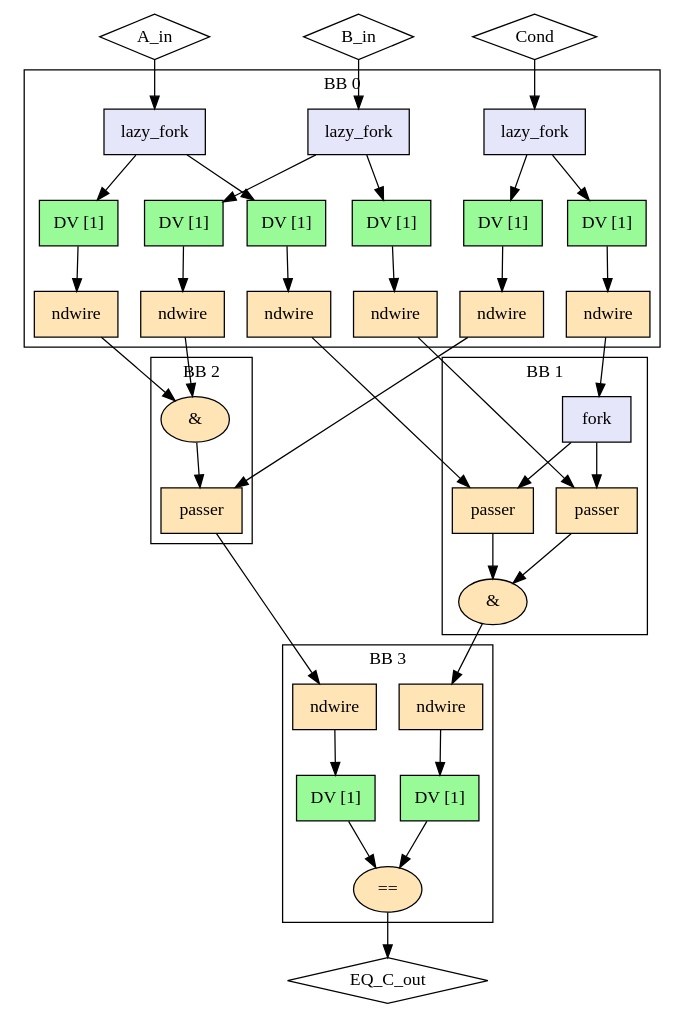
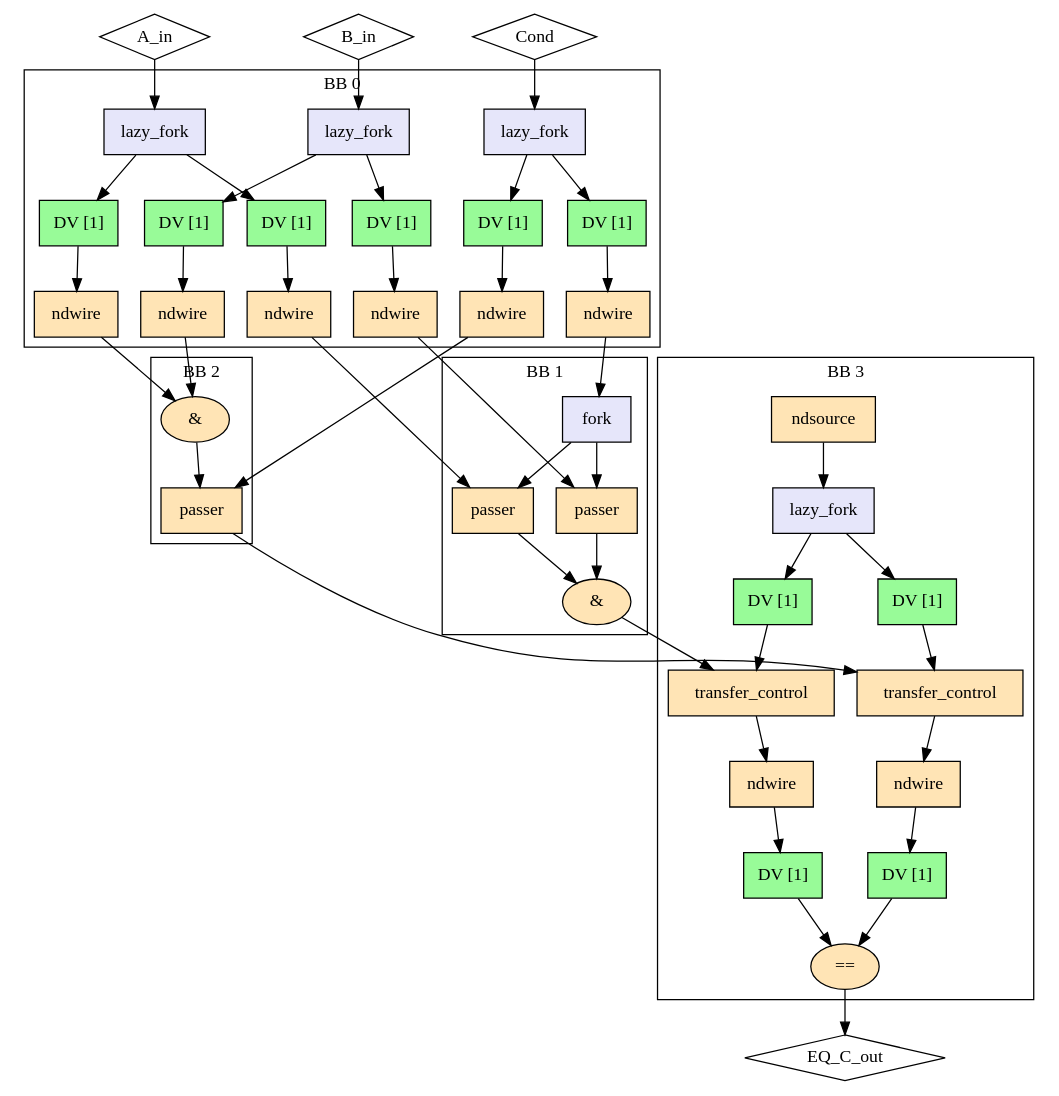
One commit to EPFL-LAP/dynamatic changed the diagram in experimental/tools/elastic-miter/out/sup_and/miter/model.dot. Above: the diagram before and after it, drawn with Graphviz. The commit also changed 109 other files, not shown here.

```diff
--- a/experimental/tools/elastic-miter/out/sup_and/miter/model.dot
+++ b/experimental/tools/elastic-miter/out/sup_and/miter/model.dot
@@ -1,79 +1,92 @@
 Digraph G {
   splines=spline
   compound=true
   "A_in" ["style"="solid", "shape"="diamond", "label"="A_in", "mlir_op"="handshake.func"]
   "B_in" ["style"="solid", "shape"="diamond", "label"="B_in", "mlir_op"="handshake.func"]
   "Cond" ["style"="solid", "shape"="diamond", "label"="Cond", "mlir_op"="handshake.func"]
   "EQ_C_out" ["style"="solid", "shape"="diamond", "label"="EQ_C_out", "mlir_op"="handshake.func"]
   "A_in" -> "in_fork_A_in" ["dir"="both", "style"="solid", "arrowhead"="normal", "from_idx"="0", "to"="ins", "arrowtail"="none", "from"="A_in", "to_idx"="0"]
   "B_in" -> "in_fork_B_in" ["dir"="both", "style"="solid", "arrowhead"="normal", "from_idx"="1", "to"="ins", "arrowtail"="none", "from"="B_in", "to_idx"="0"]
   "Cond" -> "in_fork_Cond" ["dir"="both", "style"="solid", "arrowhead"="normal", "from_idx"="2", "to"="ins", "arrowtail"="none", "from"="Cond", "to_idx"="0"]
   "lhs_in_ndw_A_in" -> "lhs_passer1" ["dir"="both", "style"="solid", "arrowhead"="normal", "from_idx"="0", "to"="data", "arrowtail"="none", "from"="outs", "to_idx"="0"]
   "rhs_in_ndw_A_in" -> "rhs_andi" ["dir"="both", "style"="solid", "arrowhead"="normal", "from_idx"="0", "to"="lhs", "arrowtail"="none", "from"="outs", "to_idx"="0"]
   "lhs_in_ndw_B_in" -> "lhs_passer2" ["dir"="both", "style"="solid", "arrowhead"="normal", "from_idx"="0", "to"="data", "arrowtail"="none", "from"="outs", "to_idx"="0"]
   "rhs_in_ndw_B_in" -> "rhs_andi" ["dir"="both", "style"="solid", "arrowhead"="normal", "from_idx"="0", "to"="rhs", "arrowtail"="none", "from"="outs", "to_idx"="1"]
   "lhs_in_ndw_Cond" -> "lhs_fork_cond" ["dir"="both", "style"="solid", "arrowhead"="normal", "from_idx"="0", "to"="ins", "arrowtail"="none", "from"="outs", "to_idx"="0"]
   "rhs_in_ndw_Cond" -> "rhs_passer1" ["dir"="both", "style"="solid", "arrowhead"="normal", "from_idx"="0", "to"="ctrl", "arrowtail"="none", "from"="outs", "to_idx"="1"]
-  "lhs_andi" -> "lhs_out_ndw_C_out" ["dir"="both", "style"="solid", "arrowhead"="normal", "from_idx"="0", "to"="ins", "arrowtail"="none", "from"="result", "to_idx"="0"]
-  "rhs_passer1" -> "rhs_out_ndw_C_out" ["dir"="both", "style"="solid", "arrowhead"="normal", "from_idx"="0", "to"="ins", "arrowtail"="none", "from"="result", "to_idx"="0"]
+  "lhs_andi" -> "out_lhs_tc_C_out" ["dir"="both", "style"="solid", "arrowhead"="normal", "from_idx"="0", "to"="ins", "arrowtail"="none", "from"="result", "to_idx"="0"]
+  "rhs_passer1" -> "out_rhs_tc_C_out" ["dir"="both", "style"="solid", "arrowhead"="normal", "from_idx"="0", "to"="ins", "arrowtail"="none", "from"="result", "to_idx"="0"]
   "out_eq_C_out" -> "EQ_C_out" ["dir"="both", "style"="solid", "arrowhead"="normal", "from_idx"="0", "to"="EQ_C_out", "arrowtail"="none", "from"="result", "to_idx"="0"]
   subgraph cluster0 {
     graph ["label"="BB 0"]
     "in_fork_A_in" ["style"="filled", "fillcolor"="lavender", "shape"="box", "label"="lazy_fork", "mlir_op"="handshake.lazy_fork"]
     "lhs_in_buf_A_in" ["style"="filled", "fillcolor"="palegreen", "shape"="box", "label"="DV [1]", "mlir_op"="handshake.buffer"]
     "rhs_in_buf_A_in" ["style"="filled", "fillcolor"="palegreen", "shape"="box", "label"="DV [1]", "mlir_op"="handshake.buffer"]
     "lhs_in_ndw_A_in" ["style"="filled", "fillcolor"="moccasin", "shape"="box", "label"="ndwire", "mlir_op"="handshake.ndwire"]
     "rhs_in_ndw_A_in" ["style"="filled", "fillcolor"="moccasin", "shape"="box", "label"="ndwire", "mlir_op"="handshake.ndwire"]
     "in_fork_B_in" ["style"="filled", "fillcolor"="lavender", "shape"="box", "label"="lazy_fork", "mlir_op"="handshake.lazy_fork"]
     "lhs_in_buf_B_in" ["style"="filled", "fillcolor"="palegreen", "shape"="box", "label"="DV [1]", "mlir_op"="handshake.buffer"]
     "rhs_in_buf_B_in" ["style"="filled", "fillcolor"="palegreen", "shape"="box", "label"="DV [1]", "mlir_op"="handshake.buffer"]
     "lhs_in_ndw_B_in" ["style"="filled", "fillcolor"="moccasin", "shape"="box", "label"="ndwire", "mlir_op"="handshake.ndwire"]
     "rhs_in_ndw_B_in" ["style"="filled", "fillcolor"="moccasin", "shape"="box", "label"="ndwire", "mlir_op"="handshake.ndwire"]
     "in_fork_Cond" ["style"="filled", "fillcolor"="lavender", "shape"="box", "label"="lazy_fork", "mlir_op"="handshake.lazy_fork"]
     "lhs_in_buf_Cond" ["style"="filled", "fillcolor"="palegreen", "shape"="box", "label"="DV [1]", "mlir_op"="handshake.buffer"]
     "rhs_in_buf_Cond" ["style"="filled", "fillcolor"="palegreen", "shape"="box", "label"="DV [1]", "mlir_op"="handshake.buffer"]
     "lhs_in_ndw_Cond" ["style"="filled", "fillcolor"="moccasin", "shape"="box", "label"="ndwire", "mlir_op"="handshake.ndwire"]
     "rhs_in_ndw_Cond" ["style"="filled", "fillcolor"="moccasin", "shape"="box", "label"="ndwire", "mlir_op"="handshake.ndwire"]
     "in_fork_A_in" -> "lhs_in_buf_A_in" ["dir"="both", "style"="solid", "arrowhead"="normal", "from_idx"="0", "to"="ins", "arrowtail"="none", "from"="outs_0", "to_idx"="0"]
     "in_fork_A_in" -> "rhs_in_buf_A_in" ["dir"="both", "style"="solid", "arrowhead"="normal", "from_idx"="1", "to"="ins", "arrowtail"="none", "from"="outs_1", "to_idx"="0"]
     "lhs_in_buf_A_in" -> "lhs_in_ndw_A_in" ["dir"="both", "style"="solid", "arrowhead"="normal", "from_idx"="0", "to"="ins", "arrowtail"="none", "from"="outs", "to_idx"="0"]
     "rhs_in_buf_A_in" -> "rhs_in_ndw_A_in" ["dir"="both", "style"="solid", "arrowhead"="normal", "from_idx"="0", "to"="ins", "arrowtail"="none", "from"="outs", "to_idx"="0"]
     "in_fork_B_in" -> "lhs_in_buf_B_in" ["dir"="both", "style"="solid", "arrowhead"="normal", "from_idx"="0", "to"="ins", "arrowtail"="none", "from"="outs_0", "to_idx"="0"]
     "in_fork_B_in" -> "rhs_in_buf_B_in" ["dir"="both", "style"="solid", "arrowhead"="normal", "from_idx"="1", "to"="ins", "arrowtail"="none", "from"="outs_1", "to_idx"="0"]
     "lhs_in_buf_B_in" -> "lhs_in_ndw_B_in" ["dir"="both", "style"="solid", "arrowhead"="normal", "from_idx"="0", "to"="ins", "arrowtail"="none", "from"="outs", "to_idx"="0"]
     "rhs_in_buf_B_in" -> "rhs_in_ndw_B_in" ["dir"="both", "style"="solid", "arrowhead"="normal", "from_idx"="0", "to"="ins", "arrowtail"="none", "from"="outs", "to_idx"="0"]
     "in_fork_Cond" -> "lhs_in_buf_Cond" ["dir"="both", "style"="solid", "arrowhead"="normal", "from_idx"="0", "to"="ins", "arrowtail"="none", "from"="outs_0", "to_idx"="0"]
     "in_fork_Cond" -> "rhs_in_buf_Cond" ["dir"="both", "style"="solid", "arrowhead"="normal", "from_idx"="1", "to"="ins", "arrowtail"="none", "from"="outs_1", "to_idx"="0"]
     "lhs_in_buf_Cond" -> "lhs_in_ndw_Cond" ["dir"="both", "style"="solid", "arrowhead"="normal", "from_idx"="0", "to"="ins", "arrowtail"="none", "from"="outs", "to_idx"="0"]
     "rhs_in_buf_Cond" -> "rhs_in_ndw_Cond" ["dir"="both", "style"="solid", "arrowhead"="normal", "from_idx"="0", "to"="ins", "arrowtail"="none", "from"="outs", "to_idx"="0"]
   }
   subgraph cluster1 {
     graph ["label"="BB 1"]
     "lhs_fork_cond" ["style"="filled", "fillcolor"="lavender", "shape"="box", "label"="fork", "mlir_op"="handshake.fork"]
     "lhs_passer1" ["style"="filled", "fillcolor"="moccasin", "shape"="box", "label"="passer", "mlir_op"="handshake.passer"]
     "lhs_passer2" ["style"="filled", "fillcolor"="moccasin", "shape"="box", "label"="passer", "mlir_op"="handshake.passer"]
     "lhs_andi" ["style"="filled", "fillcolor"="moccasin", "shape"="oval", "label"="&", "mlir_op"="handshake.andi"]
     "lhs_fork_cond" -> "lhs_passer1" ["dir"="both", "style"="solid", "arrowhead"="normal", "from_idx"="0", "to"="ctrl", "arrowtail"="none", "from"="outs_0", "to_idx"="1"]
     "lhs_fork_cond" -> "lhs_passer2" ["dir"="both", "style"="solid", "arrowhead"="normal", "from_idx"="1", "to"="ctrl", "arrowtail"="none", "from"="outs_1", "to_idx"="1"]
     "lhs_passer1" -> "lhs_andi" ["dir"="both", "style"="solid", "arrowhead"="normal", "from_idx"="0", "to"="lhs", "arrowtail"="none", "from"="result", "to_idx"="0"]
     "lhs_passer2" -> "lhs_andi" ["dir"="both", "style"="solid", "arrowhead"="normal", "from_idx"="0", "to"="rhs", "arrowtail"="none", "from"="result", "to_idx"="1"]
   }
   subgraph cluster2 {
     graph ["label"="BB 2"]
     "rhs_andi" ["style"="filled", "fillcolor"="moccasin", "shape"="oval", "label"="&", "mlir_op"="handshake.andi"]
     "rhs_passer1" ["style"="filled", "fillcolor"="moccasin", "shape"="box", "label"="passer", "mlir_op"="handshake.passer"]
     "rhs_andi" -> "rhs_passer1" ["dir"="both", "style"="solid", "arrowhead"="normal", "from_idx"="0", "to"="data", "arrowtail"="none", "from"="result", "to_idx"="0"]
   }
   subgraph cluster3 {
     graph ["label"="BB 3"]
+    "out_nds_C_out" ["style"="filled", "fillcolor"="moccasin", "shape"="box", "label"="ndsource", "mlir_op"="handshake.ndsource"]
+    "out_lf_C_out" ["style"="filled", "fillcolor"="lavender", "shape"="box", "label"="lazy_fork", "mlir_op"="handshake.lazy_fork"]
+    "out_buf_lhs_nds_C_out" ["style"="filled", "fillcolor"="palegreen", "shape"="box", "label"="DV [1]", "mlir_op"="handshake.buffer"]
+    "out_buf_rhs_nds_C_out" ["style"="filled", "fillcolor"="palegreen", "shape"="box", "label"="DV [1]", "mlir_op"="handshake.buffer"]
+    "out_lhs_tc_C_out" ["style"="filled", "fillcolor"="moccasin", "shape"="box", "label"="transfer_control", "mlir_op"="handshake.transfer_control"]
+    "out_rhs_tc_C_out" ["style"="filled", "fillcolor"="moccasin", "shape"="box", "label"="transfer_control", "mlir_op"="handshake.transfer_control"]
     "lhs_out_ndw_C_out" ["style"="filled", "fillcolor"="moccasin", "shape"="box", "label"="ndwire", "mlir_op"="handshake.ndwire"]
     "rhs_out_ndw_C_out" ["style"="filled", "fillcolor"="moccasin", "shape"="box", "label"="ndwire", "mlir_op"="handshake.ndwire"]
     "lhs_out_buf_C_out" ["style"="filled", "fillcolor"="palegreen", "shape"="box", "label"="DV [1]", "mlir_op"="handshake.buffer"]
     "rhs_out_buf_C_out" ["style"="filled", "fillcolor"="palegreen", "shape"="box", "label"="DV [1]", "mlir_op"="handshake.buffer"]
     "out_eq_C_out" ["style"="filled", "fillcolor"="moccasin", "shape"="oval", "label"="==", "mlir_op"="handshake.cmpi=="]
+    "out_nds_C_out" -> "out_lf_C_out" ["dir"="both", "style"="solid", "arrowhead"="normal", "from_idx"="0", "to"="ins", "arrowtail"="none", "from"="result", "to_idx"="0"]
+    "out_lf_C_out" -> "out_buf_lhs_nds_C_out" ["dir"="both", "style"="solid", "arrowhead"="normal", "from_idx"="0", "to"="ins", "arrowtail"="none", "from"="outs_0", "to_idx"="0"]
+    "out_lf_C_out" -> "out_buf_rhs_nds_C_out" ["dir"="both", "style"="solid", "arrowhead"="normal", "from_idx"="1", "to"="ins", "arrowtail"="none", "from"="outs_1", "to_idx"="0"]
+    "out_buf_lhs_nds_C_out" -> "out_lhs_tc_C_out" ["dir"="both", "style"="solid", "arrowhead"="normal", "from_idx"="0", "to"="ctrl", "arrowtail"="none", "from"="outs", "to_idx"="1"]
+    "out_buf_rhs_nds_C_out" -> "out_rhs_tc_C_out" ["dir"="both", "style"="solid", "arrowhead"="normal", "from_idx"="0", "to"="ctrl", "arrowtail"="none", "from"="outs", "to_idx"="1"]
+    "out_lhs_tc_C_out" -> "lhs_out_ndw_C_out" ["dir"="both", "style"="solid", "arrowhead"="normal", "from_idx"="0", "to"="ins", "arrowtail"="none", "from"="outs", "to_idx"="0"]
+    "out_rhs_tc_C_out" -> "rhs_out_ndw_C_out" ["dir"="both", "style"="solid", "arrowhead"="normal", "from_idx"="0", "to"="ins", "arrowtail"="none", "from"="outs", "to_idx"="0"]
     "lhs_out_ndw_C_out" -> "lhs_out_buf_C_out" ["dir"="both", "style"="solid", "arrowhead"="normal", "from_idx"="0", "to"="ins", "arrowtail"="none", "from"="outs", "to_idx"="0"]
     "rhs_out_ndw_C_out" -> "rhs_out_buf_C_out" ["dir"="both", "style"="solid", "arrowhead"="normal", "from_idx"="0", "to"="ins", "arrowtail"="none", "from"="outs", "to_idx"="0"]
     "lhs_out_buf_C_out" -> "out_eq_C_out" ["dir"="both", "style"="solid", "arrowhead"="normal", "from_idx"="0", "to"="lhs", "arrowtail"="none", "from"="outs", "to_idx"="0"]
     "rhs_out_buf_C_out" -> "out_eq_C_out" ["dir"="both", "style"="solid", "arrowhead"="normal", "from_idx"="0", "to"="rhs", "arrowtail"="none", "from"="outs", "to_idx"="1"]
   }
 }
```
